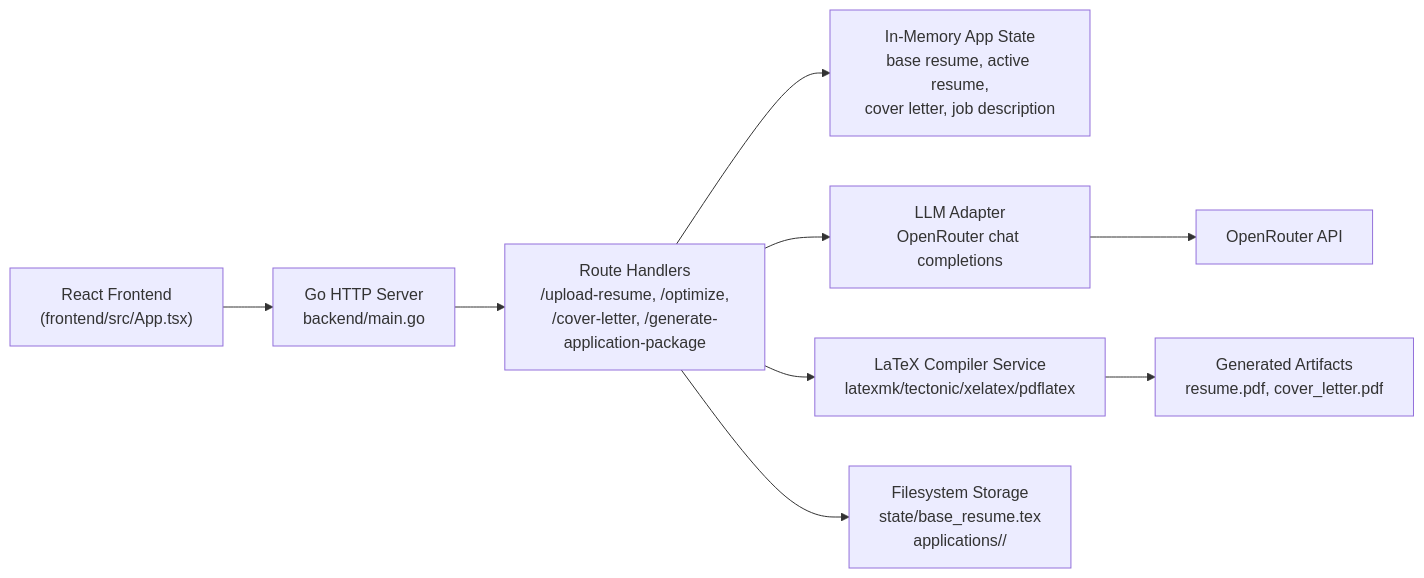
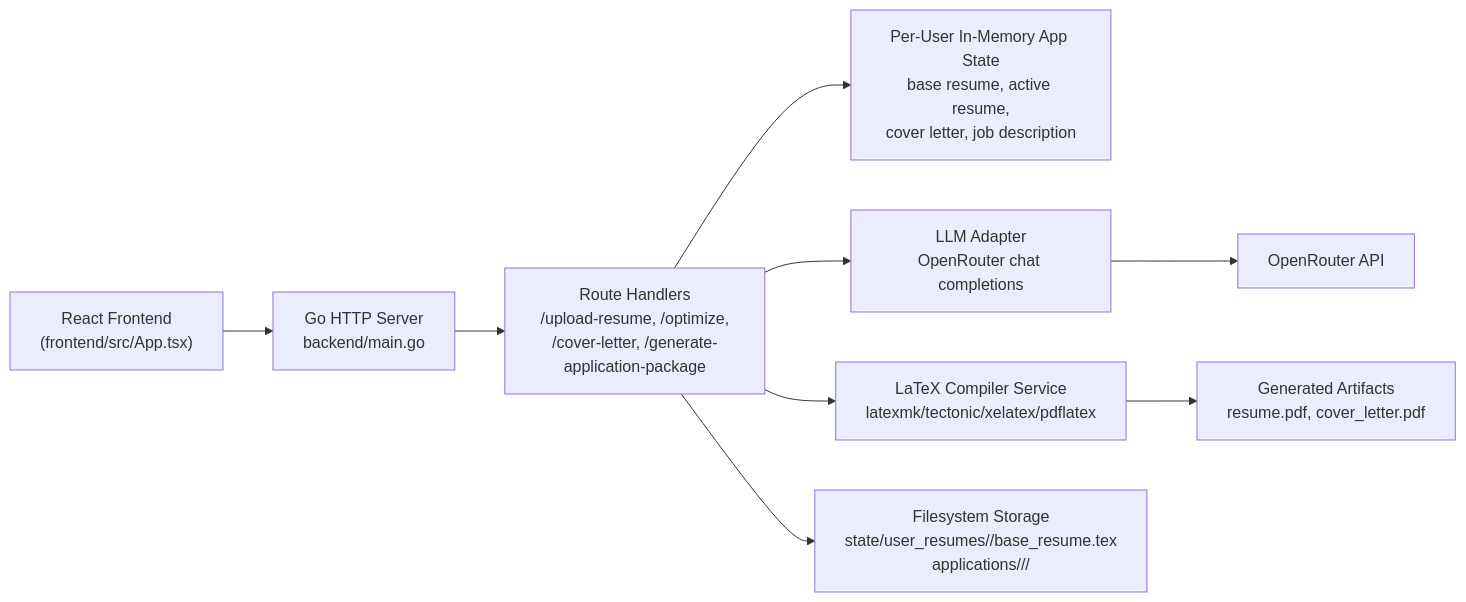
Before and after one commit to Ackberry/haraesume: the first of 2 diagrams in README.md, drawn with Mermaid. The commit also changed other lines of this file and 2 other files, not shown here.

Commit message:
Document per-user resume persistence

````diff
--- a/README.md
+++ b/README.md
@@ -46,13 +46,13 @@
 ```mermaid
 flowchart LR
   UI["React Frontend\n(frontend/src/App.tsx)"] --> API["Go HTTP Server\nbackend/main.go"]
 
   API --> ROUTES["Route Handlers\n/upload-resume, /optimize,\n/cover-letter, /generate-application-package"]
-  ROUTES --> STATE["In-Memory App State\nbase resume, active resume,\ncover letter, job description"]
+  ROUTES --> STATE["Per-User In-Memory App State\nbase resume, active resume,\ncover letter, job description"]
   ROUTES --> LLM["LLM Adapter\nOpenRouter chat completions"]
   ROUTES --> PDF["LaTeX Compiler Service\nlatexmk/tectonic/xelatex/pdflatex"]
-  ROUTES --> STORE["Filesystem Storage\nstate/base_resume.tex\napplications/<company>/"]
+  ROUTES --> STORE["Filesystem Storage\nstate/user_resumes/<user_hash>/base_resume.tex\napplications/<user_hash>/<company>/"]
 
   LLM --> OR["OpenRouter API"]
   PDF --> FS["Generated Artifacts\nresume.pdf, cover_letter.pdf"]
 ```
````
